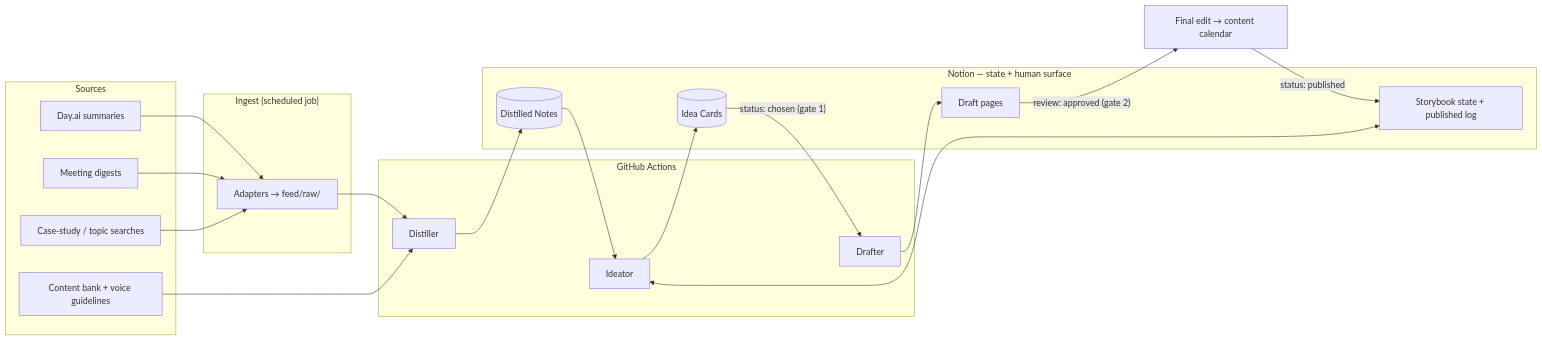
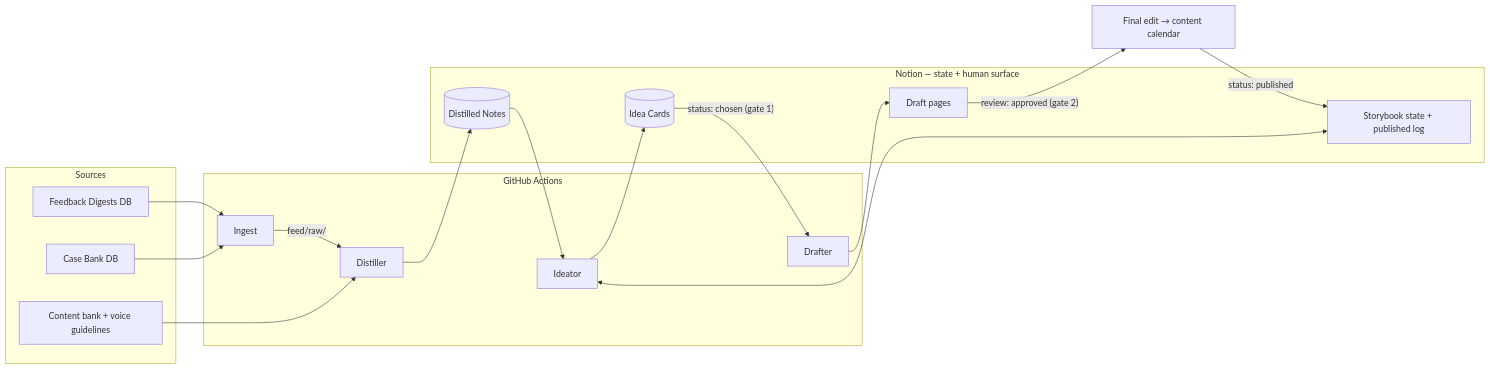
Before and after one commit to hsutaiyu/content-pipeline-scaffolding: the diagram in SPEC.md, drawn with Mermaid. The commit also changed other lines of this file and 1 other file, not shown here.

````diff
--- a/SPEC.md
+++ b/SPEC.md
@@ -8,34 +10,31 @@
 ```mermaid
 flowchart LR
     subgraph Sources
-        A[Day.ai summaries]
-        B[Meeting digests]
-        C[Case-study / topic searches]
-        D[Content bank + voice guidelines]
-    end
-    subgraph Ingest["Ingest (scheduled job)"]
-        E[Adapters → feed/raw/]
+        A[Feedback Digests DB]
+        B[Case Bank DB]
+        C[Content bank + voice guidelines]
     end
     subgraph Runtime["GitHub Actions"]
+        E[Ingest]
         F[Distiller]
         G[Ideator]
         H[Drafter]
     end
     subgraph Notion["Notion — state + human surface"]
         I[(Distilled Notes)]
         J[Storybook state + published log]
         K[(Idea Cards)]
         L[Draft pages]
     end
-    A & B & C --> E
-    E --> F
-    D --> F
+    A & B --> E
+    E -- "feed/raw/" --> F
+    C --> F
     F --> I
     I --> G
     J <--> G
     G --> K
     K -- "status: chosen (gate 1)" --> H
     H --> L
     L -- "review: approved (gate 2)" --> M[Final edit → content calendar]
     M -- "status: published" --> J
 ```
````
